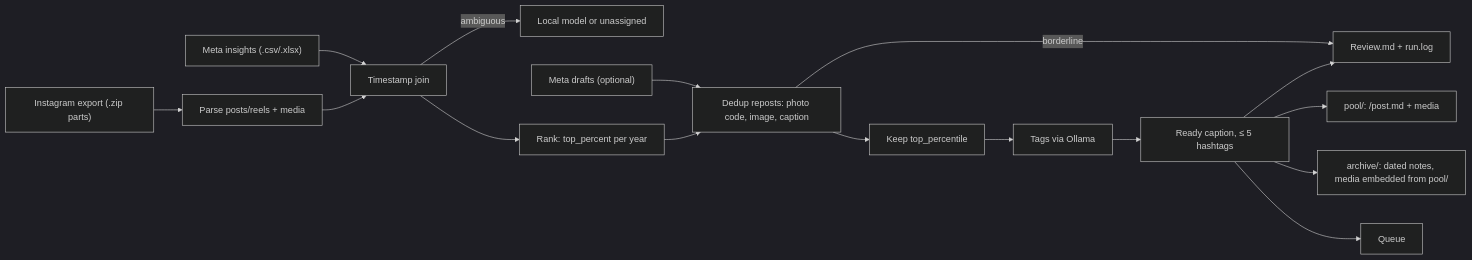
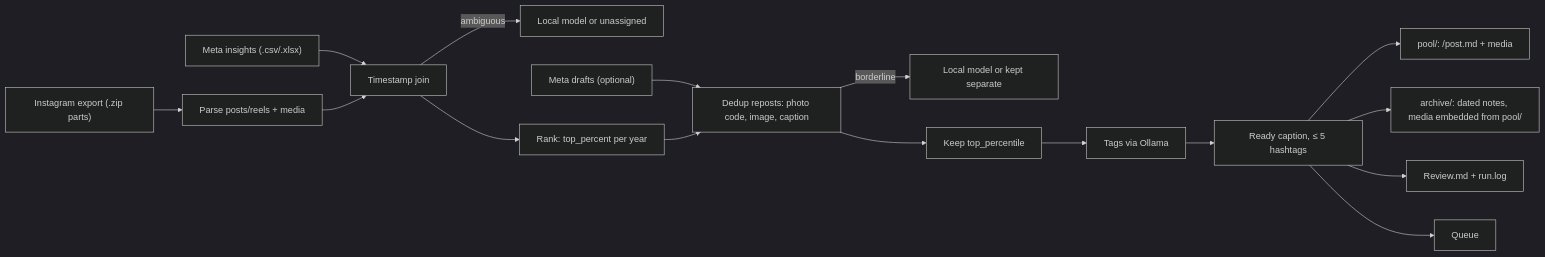
Before and after one commit to GiulioRusso/creatorvault: the diagram in README.md, drawn with Mermaid (dark theme). The commit also changed other lines of this file, not shown here.

````diff
--- a/README.md
+++ b/README.md
@@ -246,18 +263,18 @@
 ```mermaid
 flowchart LR
     A["Instagram export (.zip parts)"] --> E["Parse posts/reels + media"]
     B["Meta insights (.csv/.xlsx)"] --> G
     E --> G["Timestamp join"]
     G -->|ambiguous| H["Local model or unassigned"]
     G --> I["Rank: top_percent per year"]
     P["Meta drafts (optional)"] --> Q
     I --> Q["Dedup reposts: photo code, image, caption"]
     Q -->|borderline| R["Local model or kept separate"]
     Q --> F["Keep top_percentile"]
     F --> M["Tags via Ollama"]
     M --> S["Ready caption, ≤ 5 hashtags"]
     S --> U["pool/: <slug>/post.md + media"]
     S --> N["archive/: dated notes, media embedded from pool/"]
-    S --> R["Review.md + run.log"]
+    S --> V["Review.md + run.log"]
     S --> T["Queue"]
 ```
````
